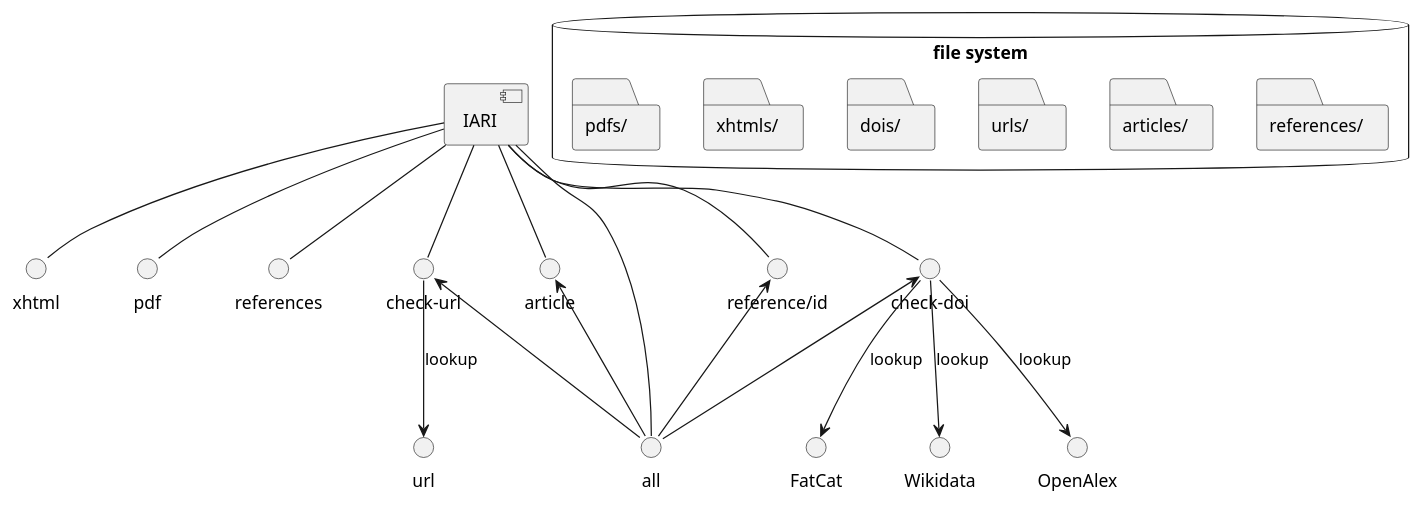
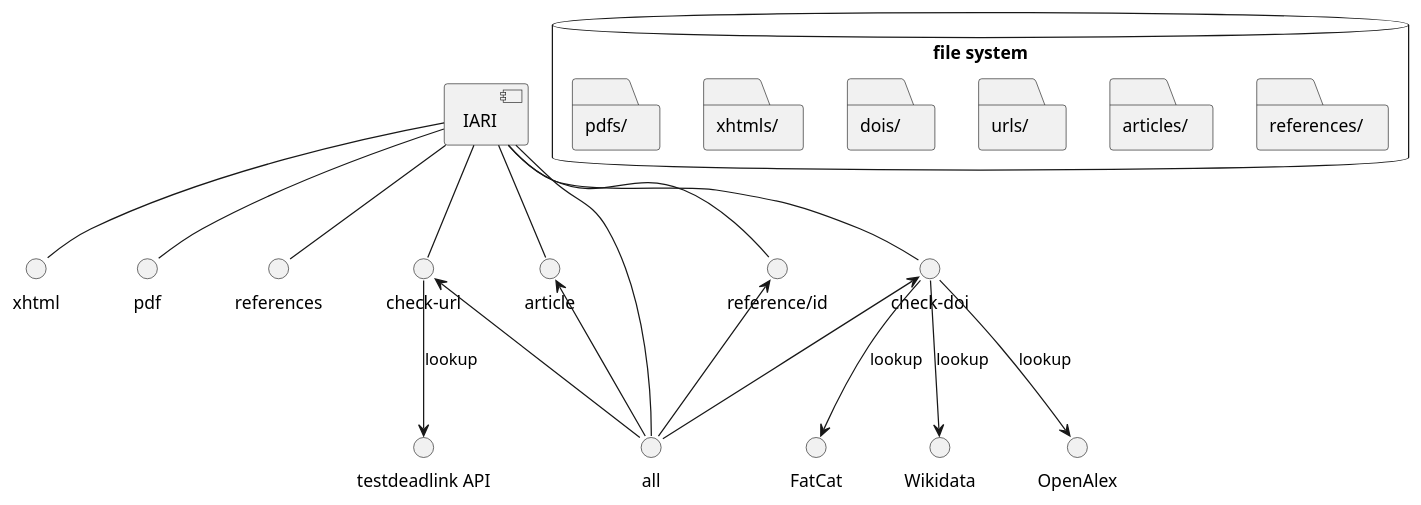
Before and after one commit to internetarchive/iari: the diagram in diagrams/components.puml, drawn with PlantUML.

Commit message:
docs: Update diagram

```diff
--- a/diagrams/components.puml
+++ b/diagrams/components.puml
@@ -1,37 +1,37 @@
 @startuml
 'https://plantuml.com/component-diagram
 
 [IARI] -- xhtml
 [IARI] -- pdf
 [IARI] -- references
 [IARI] -- "reference/id"
 [IARI] -- "check-url"
-"check-url" --> url : lookup
+"check-url" --> "testdeadlink API" : lookup
 [IARI] -- "check-doi"
 [IARI] -- "article"
 "check-doi" --> OpenAlex : lookup
 "check-doi" --> FatCat : lookup
 "check-doi" --> Wikidata : lookup
 [IARI] -- all
 "reference/id" <-- all
 "check-doi" <-- all
 "check-url" <-- all
 "article" <-- all
 
 database "file system" {
 
   folder "references/" {
   }
   folder "articles/" {
   }
   folder "urls/" {
   }
   folder "dois/" {
   }
   folder "xhtmls/" {
   }
   folder "pdfs/" {
   }
 
 }
 @enduml
```
